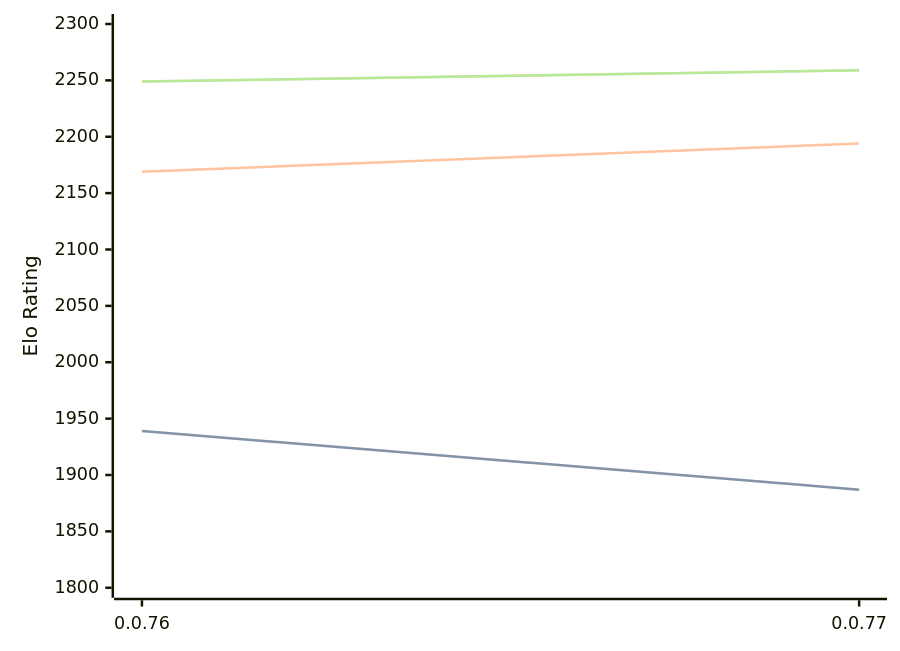
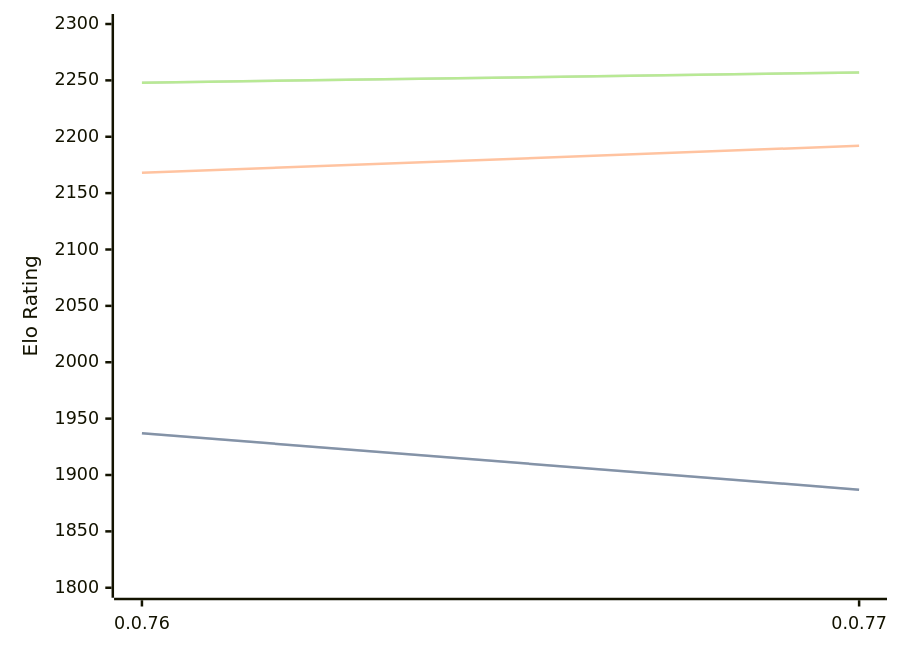
The diagram in engines/Fktb.md (computer-chess-index/cci), drawn with Mermaid before and after one commit. The commit also changed other lines of this file, not shown here.

Commit message:
Update CCI Ratings (ELO VLTC) - 2026-04-17

````diff
--- a/engines/Fktb.md
+++ b/engines/Fktb.md
@@ -32,11 +32,11 @@
 ```mermaid
 %%{init: {"theme":"base","themeVariables":{"seriesColors:['#a3a3a3','#222221','#faa371']}}}%%
 xychart-beta
   x-axis ["0.0.76", "0.0.77"]
   y-axis "Elo Rating" 1800 --> 2300
-  line "STC (8.0+0.08s)" [1939, 1887]
-  line "STC (8.0+0.08s)" [1939, 1887]
-  line "LTC (60.0+0.60s)" [2169, 2194]
-  line "VLTC (2m24s+1.12s)" [2249, 2259]
-  line "VLTC (2m24s+1.12s)" [2249, 2259]
+  line "STC (8.0+0.08s)" [1937, 1887]
+  line "STC (8.0+0.08s)" [1937, 1887]
+  line "LTC (60.0+0.60s)" [2168, 2192]
+  line "VLTC (2m24s+1.12s)" [2248, 2257]
+  line "VLTC (2m24s+1.12s)" [2248, 2257]
 ```
````
